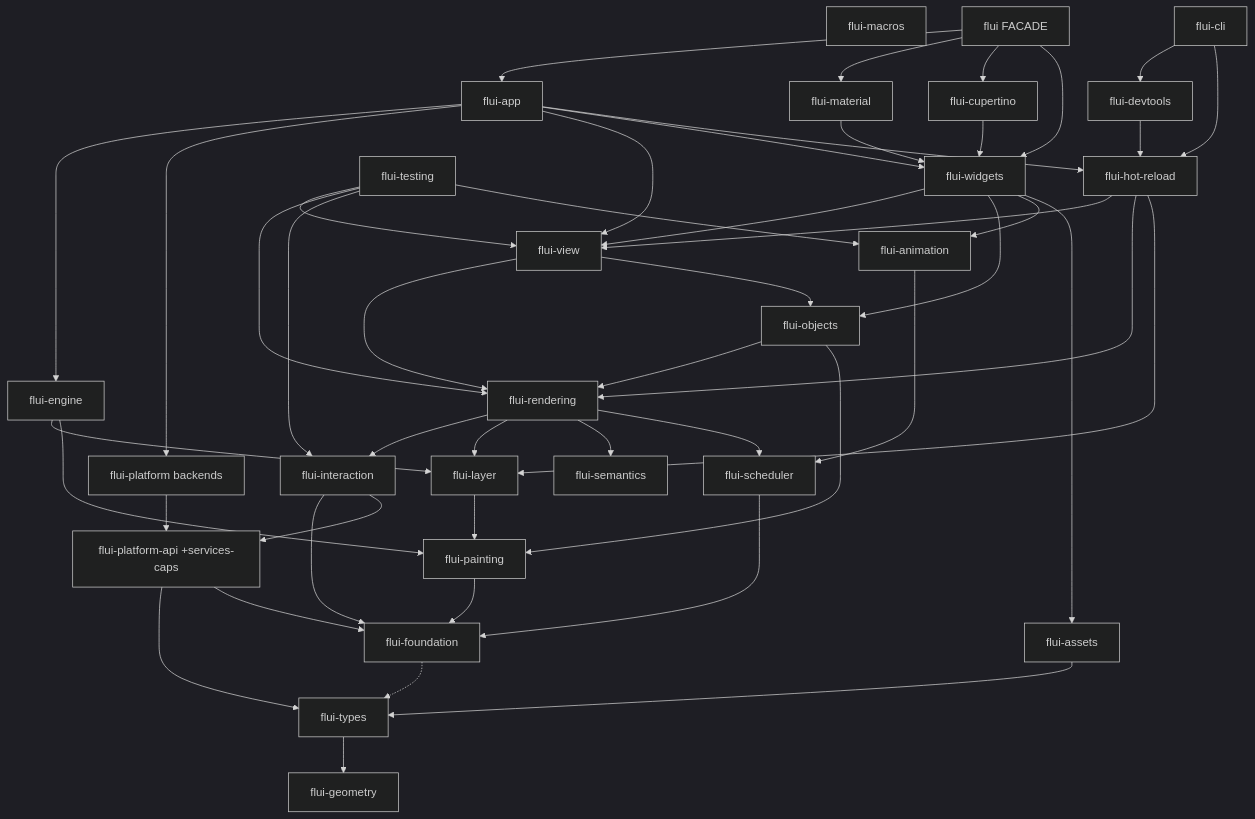
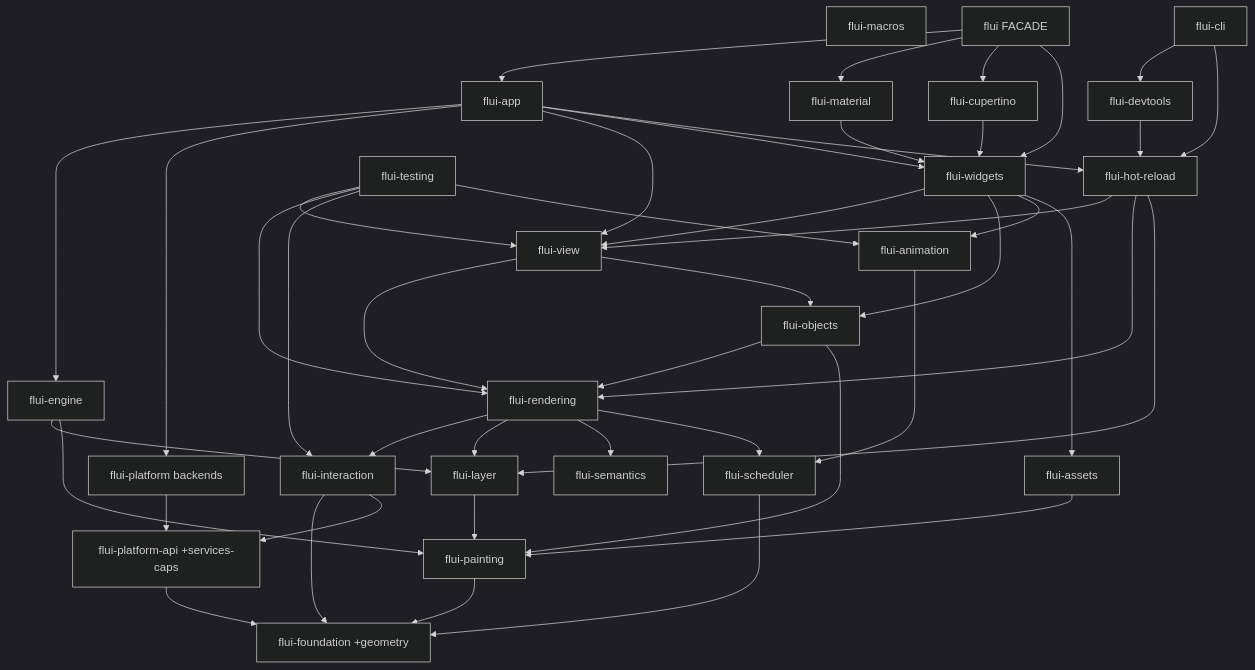
The diagram in docs/FOUNDATIONS.md (vanyastaff/flui), drawn with Mermaid (dark theme) before and after one commit. The commit also changed other lines of this file and 27 other files, not shown here.

````diff
--- a/docs/FOUNDATIONS.md
+++ b/docs/FOUNDATIONS.md
@@ -164,77 +164,72 @@
 ```mermaid
 graph TD
-    geometry[flui-geometry]
-    types[flui-types]
-    foundation[flui-foundation]
+    foundation[flui-foundation +geometry]
     macros[flui-macros]
     platformapi[flui-platform-api +services-caps]
     platform[flui-platform backends]
     scheduler[flui-scheduler]
     painting[flui-painting]
     interaction[flui-interaction]
     assets[flui-assets]
     semantics[flui-semantics]
     layer[flui-layer]
     animation[flui-animation]
     engine[flui-engine]
     rendering[flui-rendering]
     objects[flui-objects]
     view[flui-view]
     devtools[flui-devtools]
     cli[flui-cli]
     hotreload[flui-hot-reload]
     widgets[flui-widgets]
     testing[flui-testing]
     material[flui-material]
     cupertino[flui-cupertino]
     app[flui-app]
     facade[flui FACADE]
 
-    types --> geometry
-    foundation -.-> types
-    platformapi --> types
     platformapi --> foundation
     platform --> platformapi
     scheduler --> foundation
     painting --> foundation
     interaction --> foundation
     interaction --> platformapi
-    assets --> types
+    assets --> painting
     layer --> painting
     animation --> scheduler
     engine --> layer
     engine --> painting
     rendering --> interaction
     rendering --> layer
     rendering --> semantics
     rendering --> scheduler
     objects --> rendering
     objects --> painting
     view --> rendering
     view --> objects
     widgets --> view
     widgets --> objects
     widgets --> animation
     widgets --> assets
     testing --> view
     testing --> rendering
     testing --> interaction
     testing --> animation
     hotreload --> view
     hotreload --> rendering
     hotreload --> layer
     material --> widgets
     cupertino --> widgets
     app --> engine
     app --> platform
     app --> view
     app --> widgets
     app --> hotreload
     devtools --> hotreload
     cli --> devtools
     cli --> hotreload
     facade --> app
     facade --> material
     facade --> cupertino
     facade --> widgets
 ```
````
